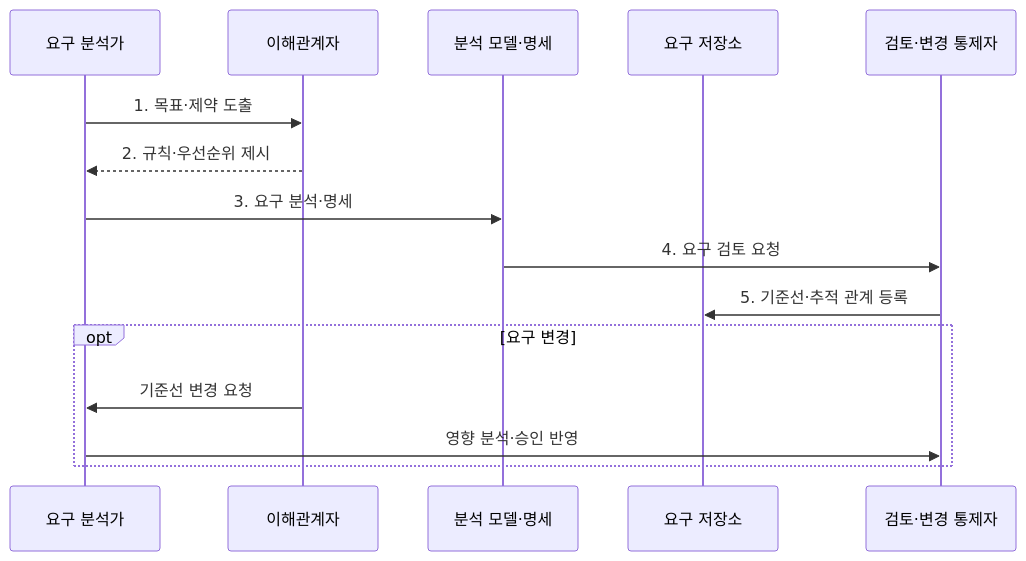
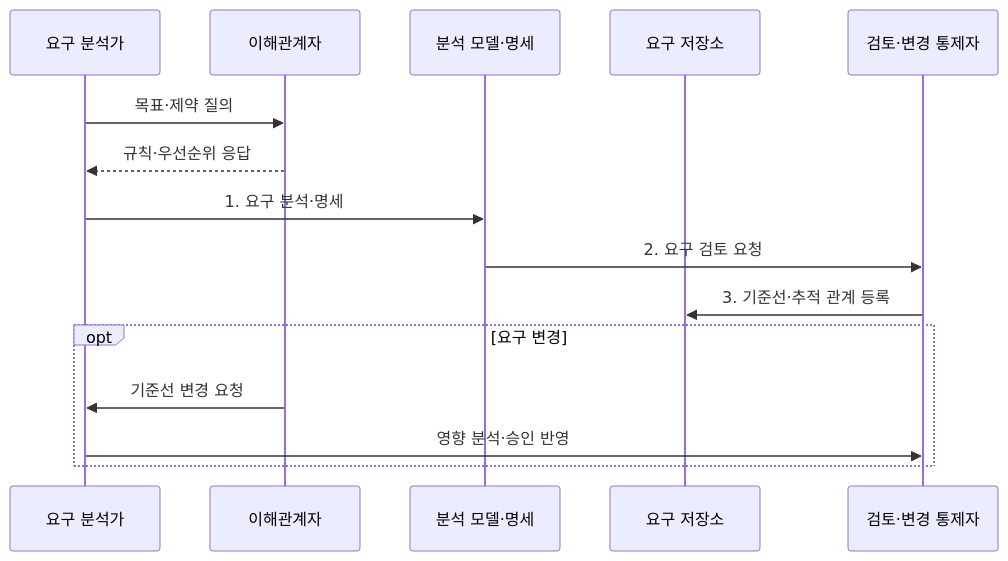
One commit to agnusdei1207/knowledge-base changed the second of 2 diagrams in src/content/docs/notes/03-software/036_requirements_analysis.md. Above: the diagram before and after it, drawn with Mermaid. The commit also changed other lines of this file and 20 other files, not shown here.

````diff
--- a/src/content/docs/notes/03-software/036_requirements_analysis.md
+++ b/src/content/docs/notes/03-software/036_requirements_analysis.md
@@ -87,17 +88,17 @@
 ```mermaid
 sequenceDiagram
     participant A as 요구 분석가
     participant S as 이해관계자
     participant M as 분석 모델·명세
     participant R as 요구 저장소
     participant C as 검토·변경 통제자
-    A->>S: 1. 목표·제약 도출
-    S-->>A: 2. 규칙·우선순위 제시
-    A->>M: 3. 요구 분석·명세
-    M->>C: 4. 요구 검토 요청
-    C->>R: 5. 기준선·추적 관계 등록
+    A->>S: 목표·제약 질의
+    S-->>A: 규칙·우선순위 응답
+    A->>M: 1. 요구 분석·명세
+    M->>C: 2. 요구 검토 요청
+    C->>R: 3. 기준선·추적 관계 등록
     opt 요구 변경
         S->>A: 기준선 변경 요청
         A->>C: 영향 분석·승인 반영
     end
 ```
````
